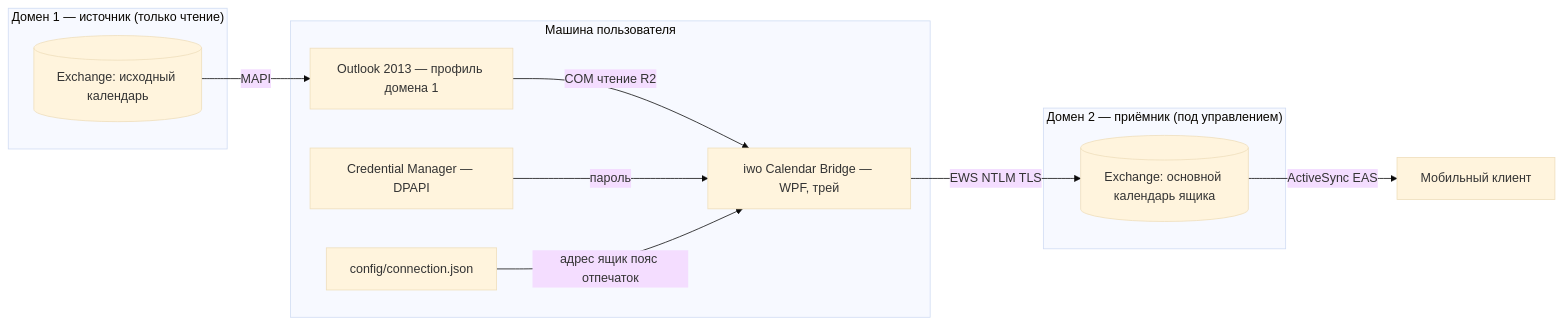
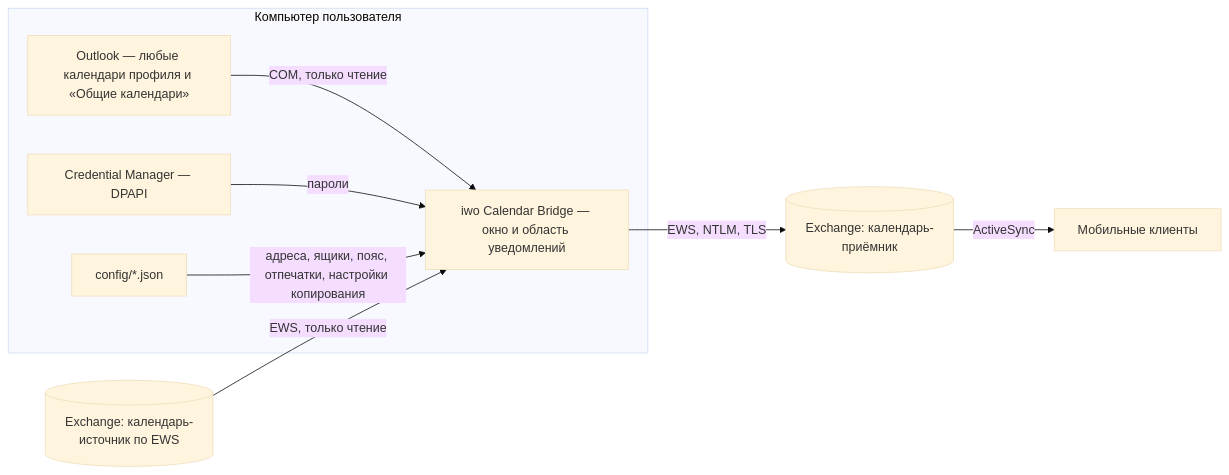
One commit to DedovMosol/iwo-Calendar-Bridge changed the first of 6 diagrams in docs/ARCHITECTURE.md. Above: the diagram before and after it, drawn with Mermaid (base theme). The commit also changed other lines of this file and 55 other files, not shown here.

Commit message:
Remove planning docs, justify README and ARCHITECTURE

````diff
--- a/docs/ARCHITECTURE.md
+++ b/docs/ARCHITECTURE.md
@@ -27,23 +23,19 @@
 ```mermaid
 flowchart LR
-  subgraph D1["Домен 1 — источник (только чтение)"]
-    EX1[("Exchange: исходный календарь")]
+  subgraph PC["Компьютер пользователя"]
+    OL["Outlook — любые календари профиля и «Общие календари»"]
+    APP["iwo Calendar Bridge — окно и область уведомлений"]
+    CM["Credential Manager — DPAPI"]
+    CFG["config/*.json"]
   end
-  subgraph PC["Машина пользователя"]
-    OL["Outlook 2013 — профиль домена 1"]
-    APP["iwo Calendar Bridge — WPF, трей"]
-    CM["Credential Manager — DPAPI"]
-    CFG["config/connection.json"]
-  end
-  subgraph D2["Домен 2 — приёмник (под управлением)"]
-    EX2[("Exchange: основной календарь ящика")]
-  end
-  PH["Мобильный клиент"]
+  SRC[("Exchange: календарь-источник по EWS")]
+  DST[("Exchange: календарь-приёмник")]
+  PH["Мобильные клиенты"]
 
-  EX1 -->|MAPI| OL
-  OL -->|COM чтение R2| APP
-  CM -->|пароль| APP
-  CFG -->|адрес ящик пояс отпечаток| APP
-  APP -->|EWS NTLM TLS| EX2
-  EX2 -->|ActiveSync EAS| PH
+  OL -->|COM, только чтение| APP
+  SRC -->|EWS, только чтение| APP
+  CM -->|пароли| APP
+  CFG -->|адреса, ящики, пояс, отпечатки, настройки копирования| APP
+  APP -->|EWS, NTLM, TLS| DST
+  DST -->|ActiveSync| PH
 ```
````
